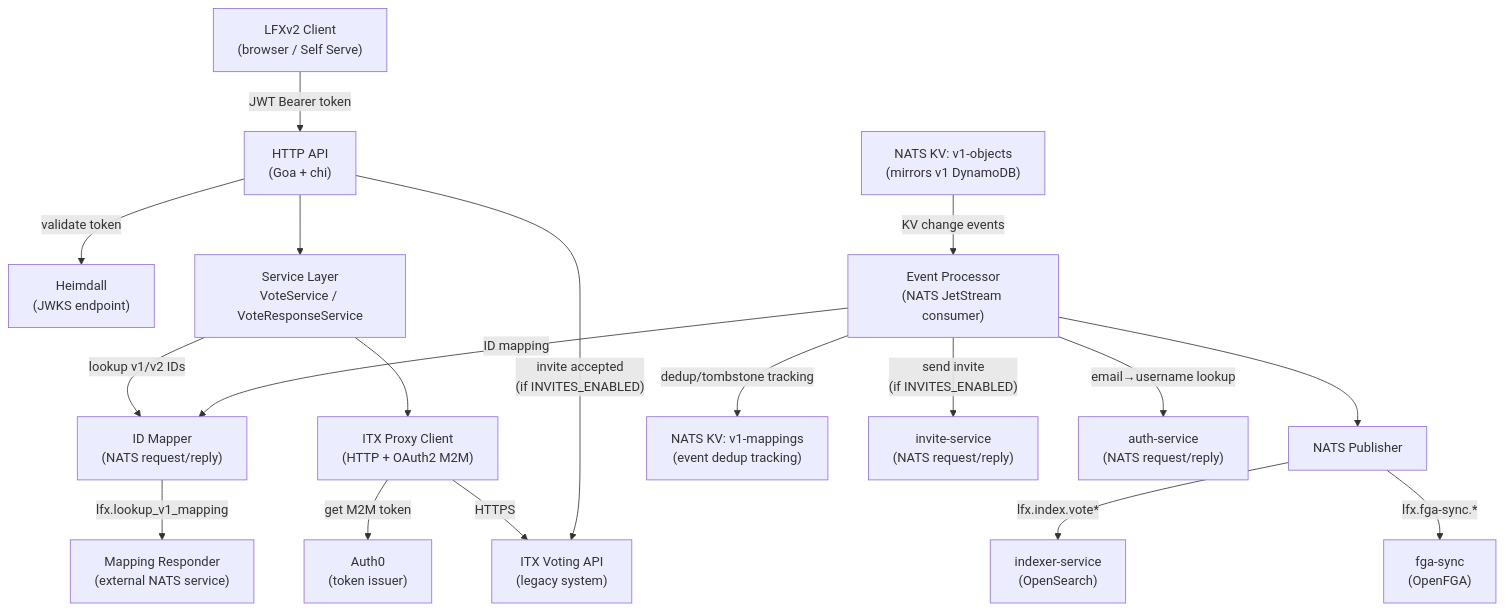
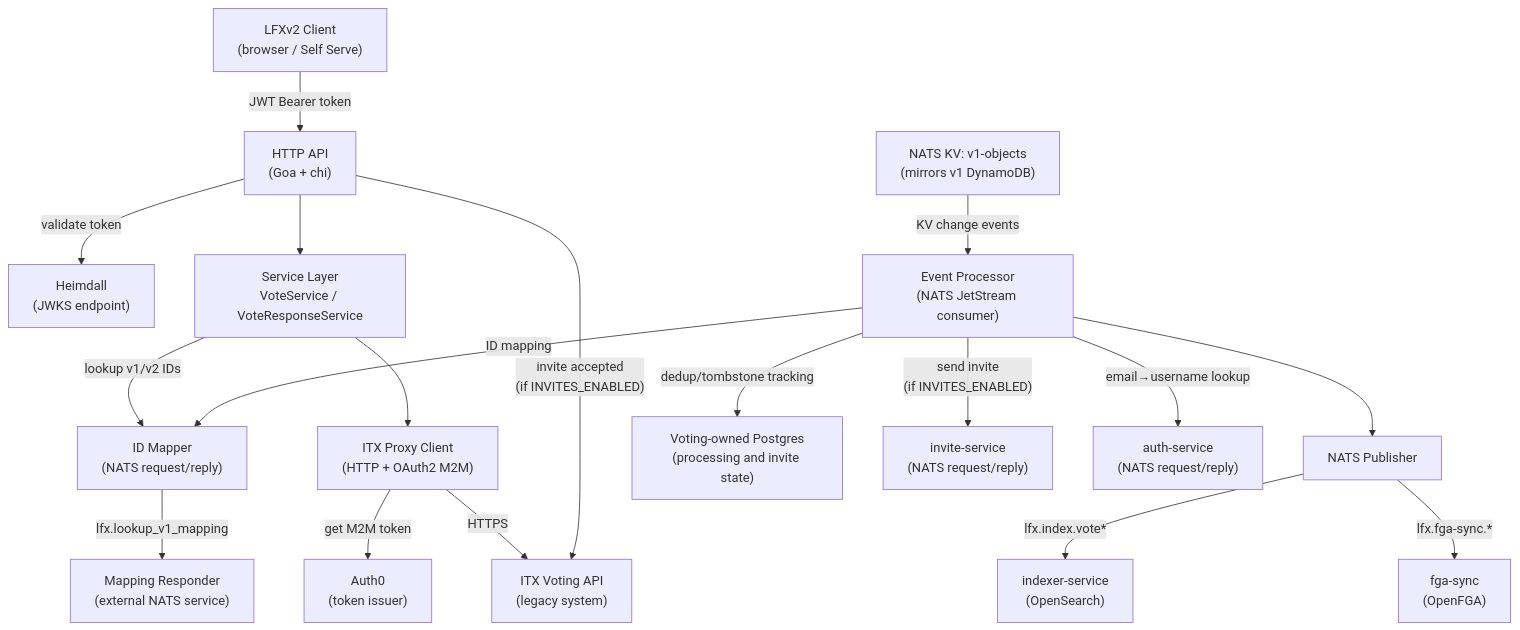
The diagram in docs/architecture/overview.md (linuxfoundation/lfx-v2-voting-service), drawn with Mermaid before and after one commit. The commit also changed other lines of this file and 51 other files, not shown here.

First line of the commit message:
feat(eventing): move voting processing state to Postgres

````diff
--- a/docs/architecture/overview.md
+++ b/docs/architecture/overview.md
@@ -40,40 +40,40 @@
 ```mermaid
 flowchart TD
     Client["LFXv2 Client\n(browser / Self Serve)"]
     Heimdall["Heimdall\n(JWKS endpoint)"]
     API["HTTP API\n(Goa + chi)"]
     Service["Service Layer\nVoteService / VoteResponseService"]
     IDMapper["ID Mapper\n(NATS request/reply)"]
     MappingResponder["Mapping Responder\n(external NATS service)"]
     Proxy["ITX Proxy Client\n(HTTP + OAuth2 M2M)"]
     Auth0["Auth0\n(token issuer)"]
     ITX["ITX Voting API\n(legacy system)"]
     EventProc["Event Processor\n(NATS JetStream consumer)"]
     NATSPublisher["NATS Publisher"]
     Indexer["indexer-service\n(OpenSearch)"]
     FGASync["fga-sync\n(OpenFGA)"]
     V1KV["NATS KV: v1-objects\n(mirrors v1 DynamoDB)"]
-    V1Mappings["NATS KV: v1-mappings\n(event dedup tracking)"]
+    V1Mappings["Voting-owned Postgres\n(processing and invite state)"]
     InviteService["invite-service\n(NATS request/reply)"]
     AuthService["auth-service\n(NATS request/reply)"]
 
     Client -->|"JWT Bearer token"| API
     API -->|"validate token"| Heimdall
     API --> Service
     Service -->|"lookup v1/v2 IDs"| IDMapper
     IDMapper -->|"lfx.lookup_v1_mapping"| MappingResponder
     Service --> Proxy
     Proxy -->|"get M2M token"| Auth0
     Proxy -->|"HTTPS"| ITX
 
     V1KV -->|"KV change events"| EventProc
     EventProc -->|"ID mapping"| IDMapper
     EventProc -->|"dedup/tombstone tracking"| V1Mappings
     EventProc --> NATSPublisher
     NATSPublisher -->|"lfx.index.vote*"| Indexer
     NATSPublisher -->|"lfx.fga-sync.*"| FGASync
 
     EventProc -->|"send invite\n(if INVITES_ENABLED)"| InviteService
     EventProc -->|"email→username lookup"| AuthService
     API -->|"invite accepted\n(if INVITES_ENABLED)"| ITX
 ```
````
